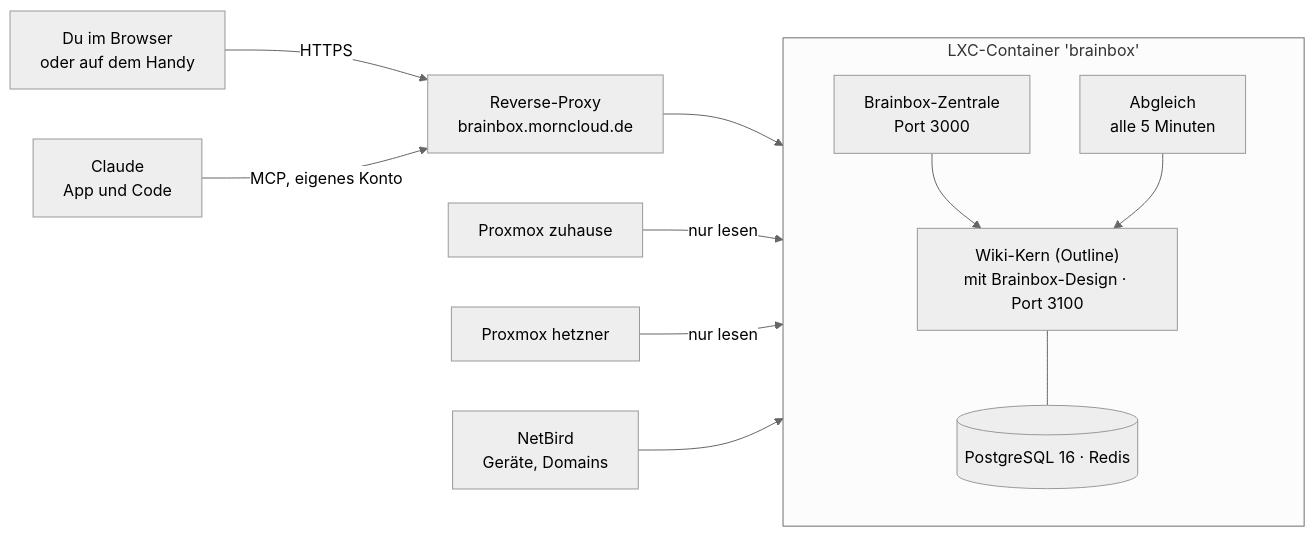
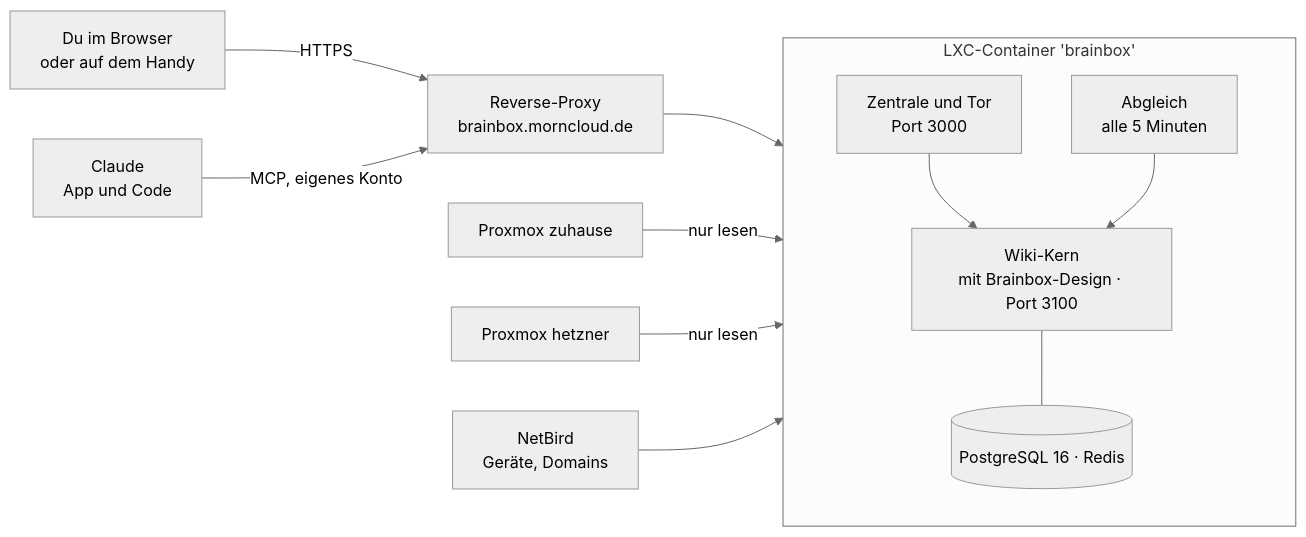
One commit to pmornhart/Brainbox changed the diagram in README.md. Above: the diagram before and after it, drawn with Mermaid (neutral theme). The commit also changed other lines of this file and 20 other files, not shown here.

First line of the commit message:
Brainbox 1.1.0: README, Quick-Start, Screenshots, Terminal ohne „Outline“

````diff
--- a/README.md
+++ b/README.md
@@ -219,15 +222,15 @@
 ```mermaid
 flowchart LR
   U["Du im Browser<br/>oder auf dem Handy"] -- HTTPS --> RP["Reverse-Proxy<br/>brainbox.morncloud.de"]
   C["Claude<br/>App und Code"] -- "MCP, eigenes Konto" --> RP
   RP --> Z
   subgraph CT["LXC-Container 'brainbox'"]
     direction TB
-    Z["Brainbox-Zentrale<br/>Port 3000"] --> K["Wiki-Kern (Outline)<br/>mit Brainbox-Design · Port 3100"]
+    Z["Zentrale und Tor<br/>Port 3000"] --> K["Wiki-Kern<br/>mit Brainbox-Design · Port 3100"]
     K --- DB[("PostgreSQL 16 · Redis")]
     S["Abgleich<br/>alle 5 Minuten"] --> K
   end
   P1["Proxmox zuhause"] -- "nur lesen" --> S
   P2["Proxmox hetzner"] -- "nur lesen" --> S
   NB["NetBird<br/>Geräte, Domains"] --> S
 ```
````
